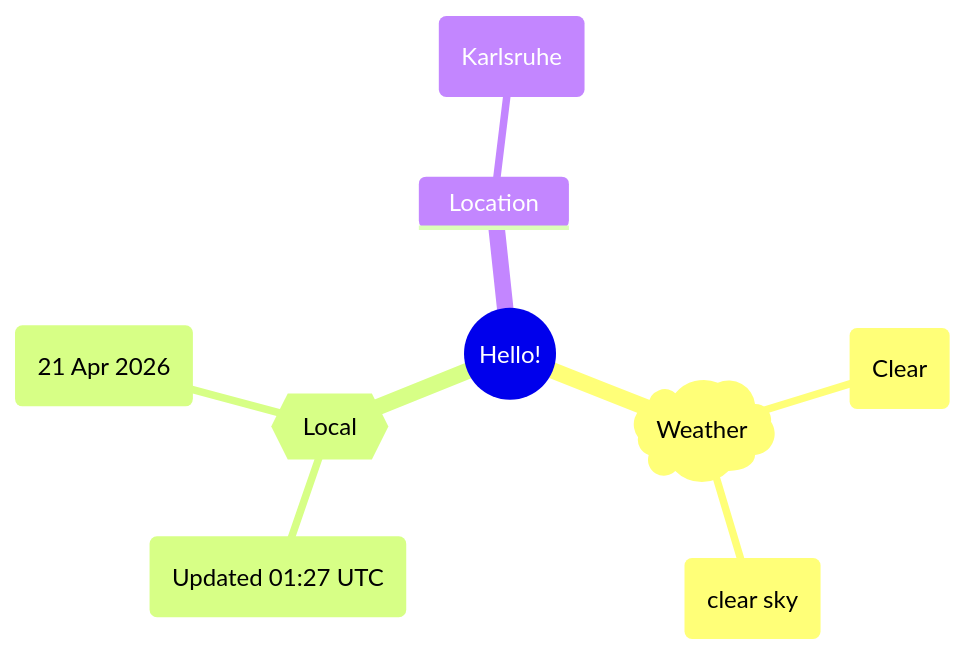
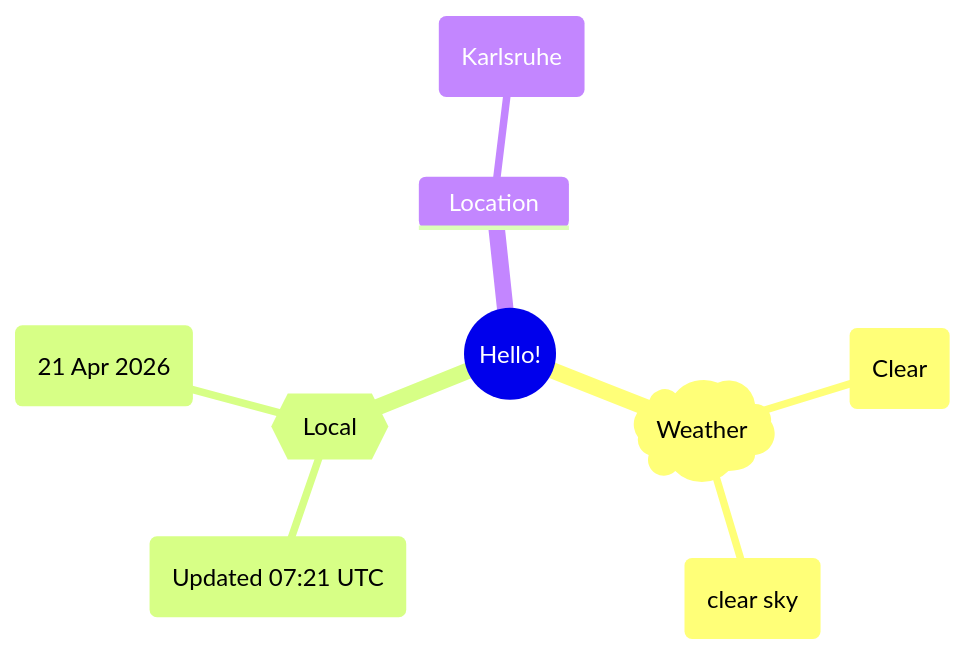
Before and after one commit to Xosrov/Xosrov: the first of 2 diagrams in README.md, drawn with Mermaid.

Commit message:
[bot] updated images

````diff
--- a/README.md
+++ b/README.md
@@ -3,12 +3,12 @@
 ```mermaid
 mindmap
   root((Hello!))
     )Weather(
         (Clear)
         (clear sky)
     {{Local}}
-        (Updated 01:27 UTC)
+        (Updated 07:21 UTC)
         (21 Apr 2026)
     Location
         (Karlsruhe)
 ```
````
